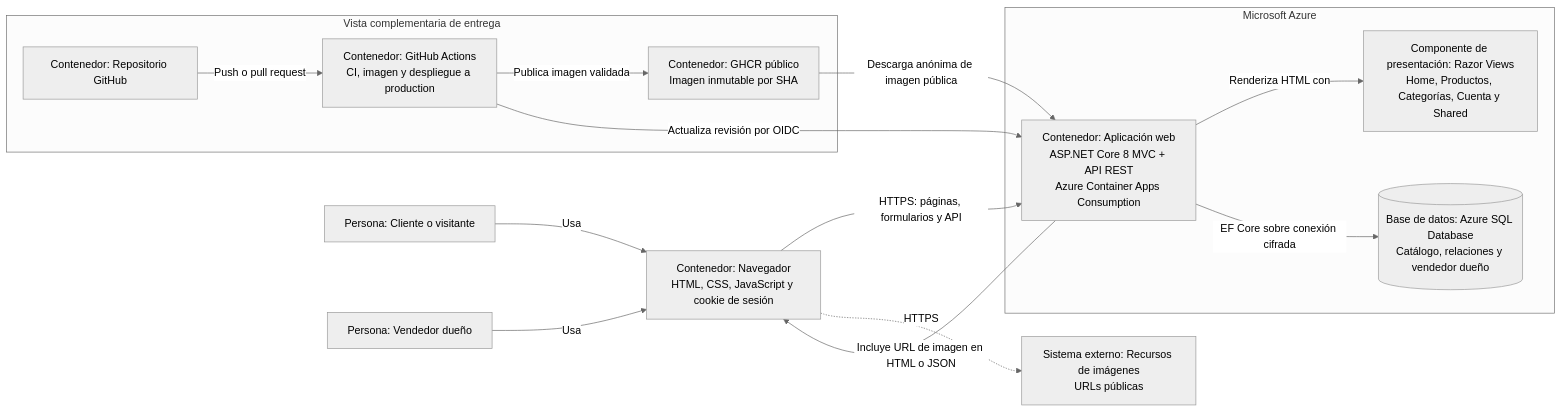
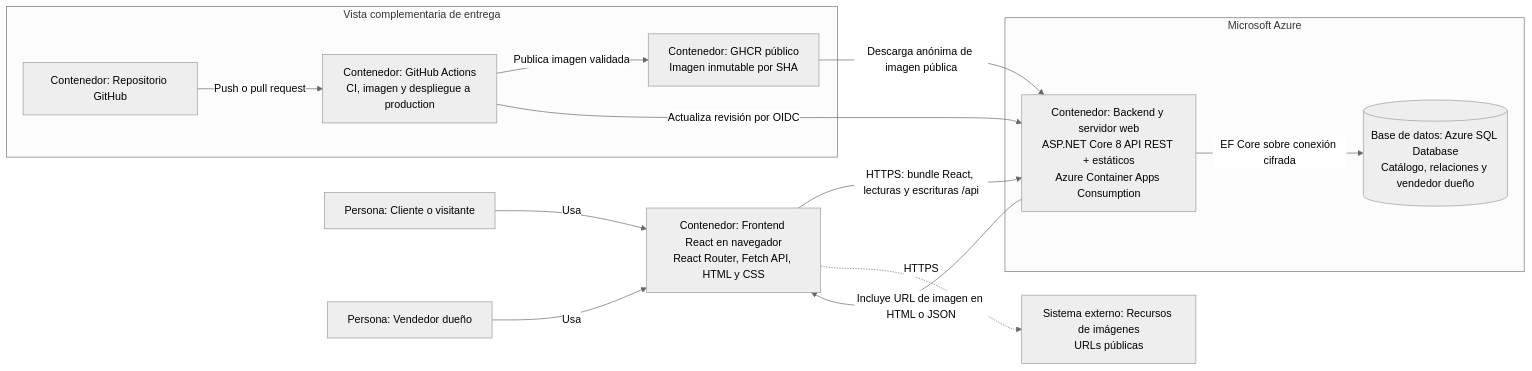
One commit to Marcelo-30/CatalogoApp-Marcelo changed the second of 3 diagrams in docs/C4.md. Above: the diagram before and after it, drawn with Mermaid (neutral theme). The commit also changed other lines of this file and 7 other files, not shown here.

Commit message:
docs: document unified React architecture

````diff
--- a/docs/C4.md
+++ b/docs/C4.md
@@ -34,32 +34,30 @@
 ```mermaid
 flowchart LR
     cliente["Persona: Cliente o visitante"]
     vendedor["Persona: Vendedor dueño"]
-    navegador["Contenedor: Navegador<br/>HTML, CSS, JavaScript y cookie de sesión"]
+    navegador["Contenedor: Frontend React en navegador<br/>React Router, Fetch API, HTML y CSS"]
 
     subgraph nube["Microsoft Azure"]
-        webapp["Contenedor: Aplicación web<br/>ASP.NET Core 8 MVC + API REST<br/>Azure Container Apps Consumption"]
-        razor["Componente de presentación: Razor Views<br/>Home, Productos, Categorías, Cuenta y Shared"]
+        webapp["Contenedor: Backend y servidor web<br/>ASP.NET Core 8 API REST + estáticos<br/>Azure Container Apps Consumption"]
         sql[("Base de datos: Azure SQL Database<br/>Catálogo, relaciones y vendedor dueño")]
     end
 
     imagenes["Sistema externo: Recursos de imágenes<br/>URLs públicas"]
 
     subgraph entrega["Vista complementaria de entrega"]
         repo["Contenedor: Repositorio GitHub"]
         actions["Contenedor: GitHub Actions<br/>CI, imagen y despliegue a production"]
         registry["Contenedor: GHCR público<br/>Imagen inmutable por SHA"]
     end
 
     cliente -->|"Usa"| navegador
     vendedor -->|"Usa"| navegador
-    navegador -->|"HTTPS: páginas, formularios y API"| webapp
-    webapp -->|"Renderiza HTML con"| razor
+    navegador -->|"HTTPS: bundle React, lecturas y escrituras /api"| webapp
     webapp -->|"EF Core sobre conexión cifrada"| sql
     webapp -->|"Incluye URL de imagen en HTML o JSON"| navegador
     navegador -.->|"HTTPS"| imagenes
     repo -->|"Push o pull request"| actions
     actions -->|"Publica imagen validada"| registry
     actions -->|"Actualiza revisión por OIDC"| webapp
     registry -->|"Descarga anónima de imagen pública"| webapp
 ```
````
